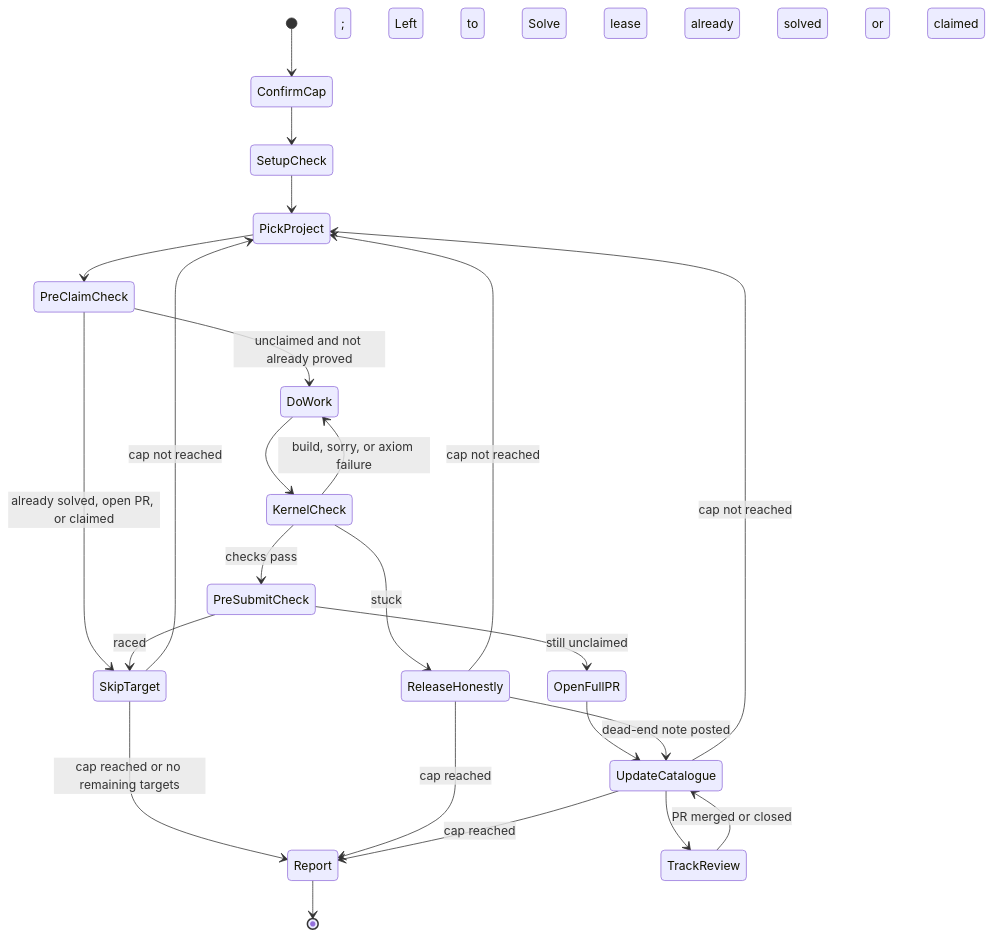
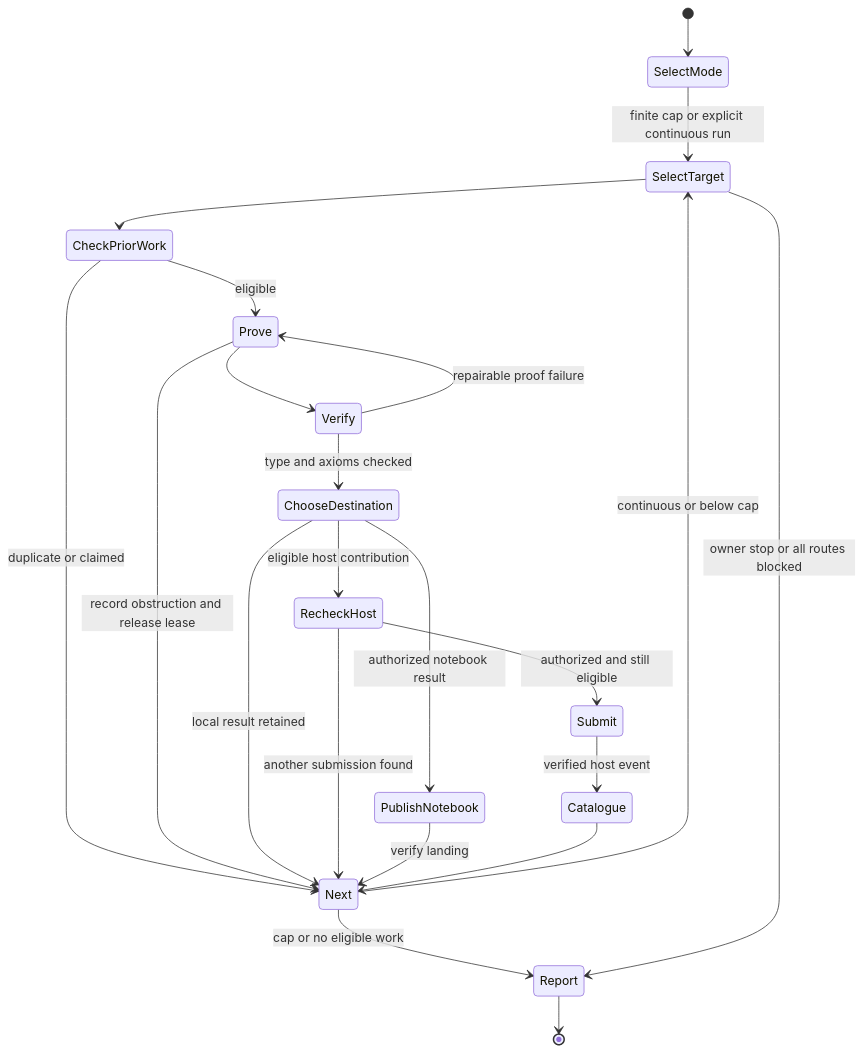
One commit to vincentkoc/dotskills changed the diagram in skills/formal-math-conjectures/SKILL.md. Above: the diagram before and after it, drawn with Mermaid. The commit also changed other lines of this file and 4 other files, not shown here.

````diff
--- a/skills/formal-math-conjectures/SKILL.md
+++ b/skills/formal-math-conjectures/SKILL.md
@@ -75,26 +82,24 @@
 ```mermaid
 stateDiagram-v2
-    [*] --> ConfirmCap
-    ConfirmCap --> SetupCheck
-    SetupCheck --> PickProject
-    PickProject --> PreClaimCheck
-    PreClaimCheck --> SkipTarget: already solved, open PR, or claimed
-    SkipTarget --> PickProject: cap not reached
-    SkipTarget --> Report: cap reached or no remaining targets
-    PreClaimCheck --> DoWork: unclaimed and not already proved
-    DoWork --> KernelCheck
-    KernelCheck --> DoWork: build, sorry, or axiom failure
-    KernelCheck --> ReleaseHonestly: stuck; Left to Solve lease
-    ReleaseHonestly --> PickProject: cap not reached
-    ReleaseHonestly --> Report: cap reached
-    KernelCheck --> PreSubmitCheck: checks pass
-    PreSubmitCheck --> SkipTarget: raced; already solved or claimed
-    PreSubmitCheck --> OpenFullPR: still unclaimed
-    OpenFullPR --> UpdateCatalogue
-    UpdateCatalogue --> TrackReview
-    TrackReview --> UpdateCatalogue: PR merged or closed
-    ReleaseHonestly --> UpdateCatalogue: dead-end note posted
-    UpdateCatalogue --> PickProject: cap not reached
-    UpdateCatalogue --> Report: cap reached
+    [*] --> SelectMode
+    SelectMode --> SelectTarget: finite cap or explicit continuous run
+    SelectTarget --> CheckPriorWork
+    CheckPriorWork --> Next: duplicate or claimed
+    CheckPriorWork --> Prove: eligible
+    Prove --> Verify
+    Verify --> Prove: repairable proof failure
+    Prove --> Next: record obstruction and release lease
+    Verify --> ChooseDestination: type and axioms checked
+    ChooseDestination --> Next: local result retained
+    ChooseDestination --> PublishNotebook: authorized notebook result
+    ChooseDestination --> RecheckHost: eligible host contribution
+    RecheckHost --> Next: another submission found
+    RecheckHost --> Submit: authorized and still eligible
+    Submit --> Catalogue: verified host event
+    PublishNotebook --> Next: verify landing
+    Catalogue --> Next
+    Next --> SelectTarget: continuous or below cap
+    Next --> Report: cap or no eligible work
+    SelectTarget --> Report: owner stop or all routes blocked
     Report --> [*]
 ```
````
